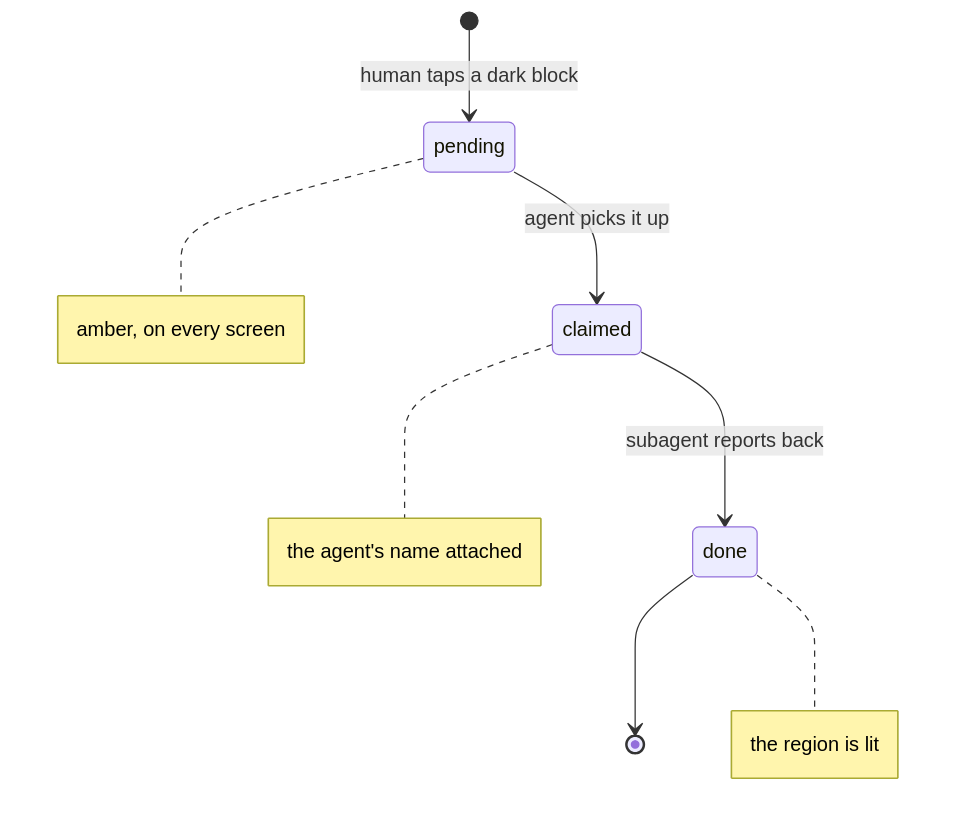
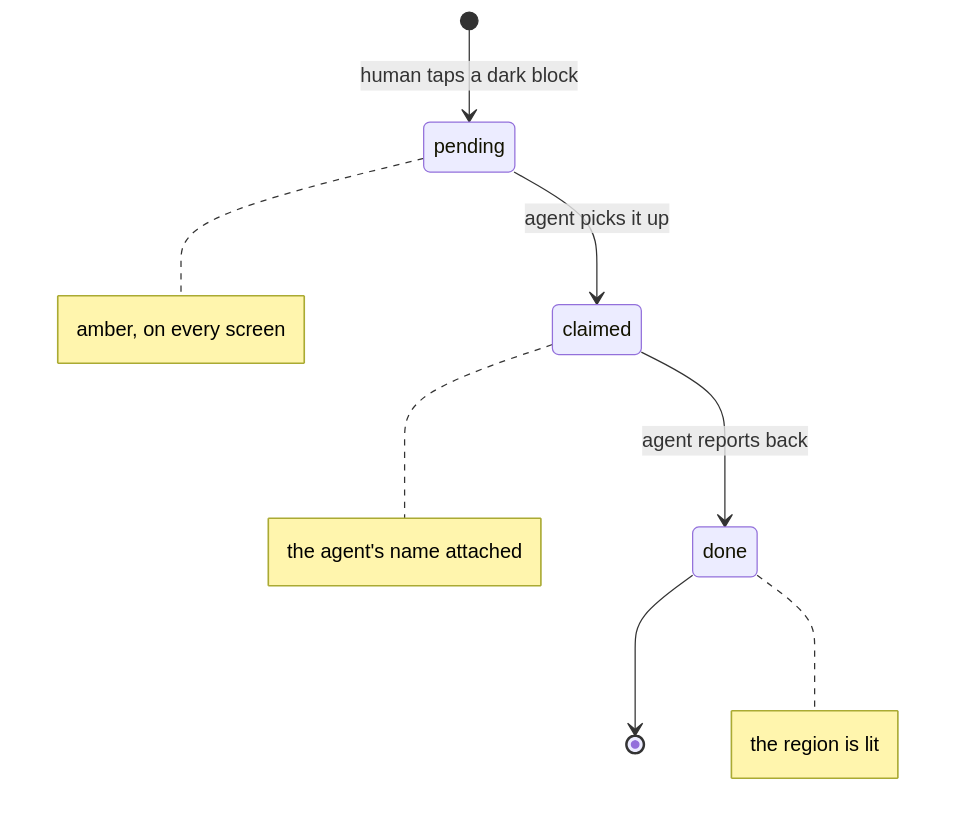
The second of 2 diagrams in README.md (Piyush-sahoo/spacetime-hacks), drawn with Mermaid before and after one commit. The commit also changed other lines of this file and 1 other file, not shown here.

````diff
--- a/README.md
+++ b/README.md
@@ -115,11 +145,11 @@
 ```mermaid
 stateDiagram-v2
     [*] --> pending: human taps a dark block
     pending --> claimed: agent picks it up
-    claimed --> done: subagent reports back
+    claimed --> done: agent reports back
     done --> [*]
 
     note right of pending: amber, on every screen
     note right of claimed: the agent's name attached
     note right of done: the region is lit
 ```
````
